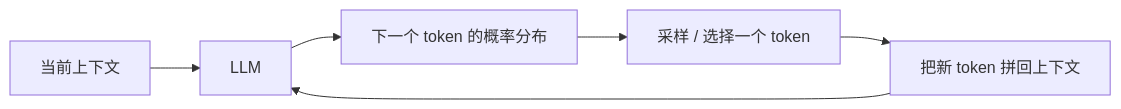
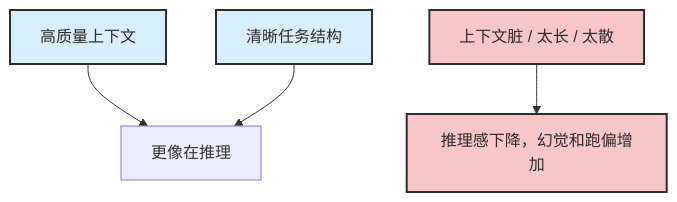
Before and after one commit to zht043/AgenticCodingTutorial: the second of 2 diagrams in docs/chapters/ch09-llm-reasoning-basics.md, drawn with Mermaid. The commit also changed other lines of this file and 24 other files, not shown here.

````diff
--- a/docs/chapters/ch09-llm-reasoning-basics.md
+++ b/docs/chapters/ch09-llm-reasoning-basics.md
@@ -166,8 +227,9 @@
 ```mermaid
-flowchart LR
-    A["当前上下文"] --> B["LLM"]
-    B --> C["下一个 token 的概率分布"]
-    C --> D["采样 / 选择一个 token"]
-    D --> E["把新 token 拼回上下文"]
-    E --> B
+flowchart TB
+    classDef need fill:#d8eefb,stroke:#2d2d2d,stroke-width:2px,color:#2d2d2d
+    classDef risk fill:#f7c6c7,stroke:#2d2d2d,stroke-width:2px,color:#2d2d2d
+
+    A["高质量上下文"]:::need --> C["更像在推理"]
+    B["清晰任务结构"]:::need --> C
+    D["上下文脏 / 太长 / 太散"]:::risk --> E["推理感下降，幻觉和跑偏增加"]:::risk
 ```
````
